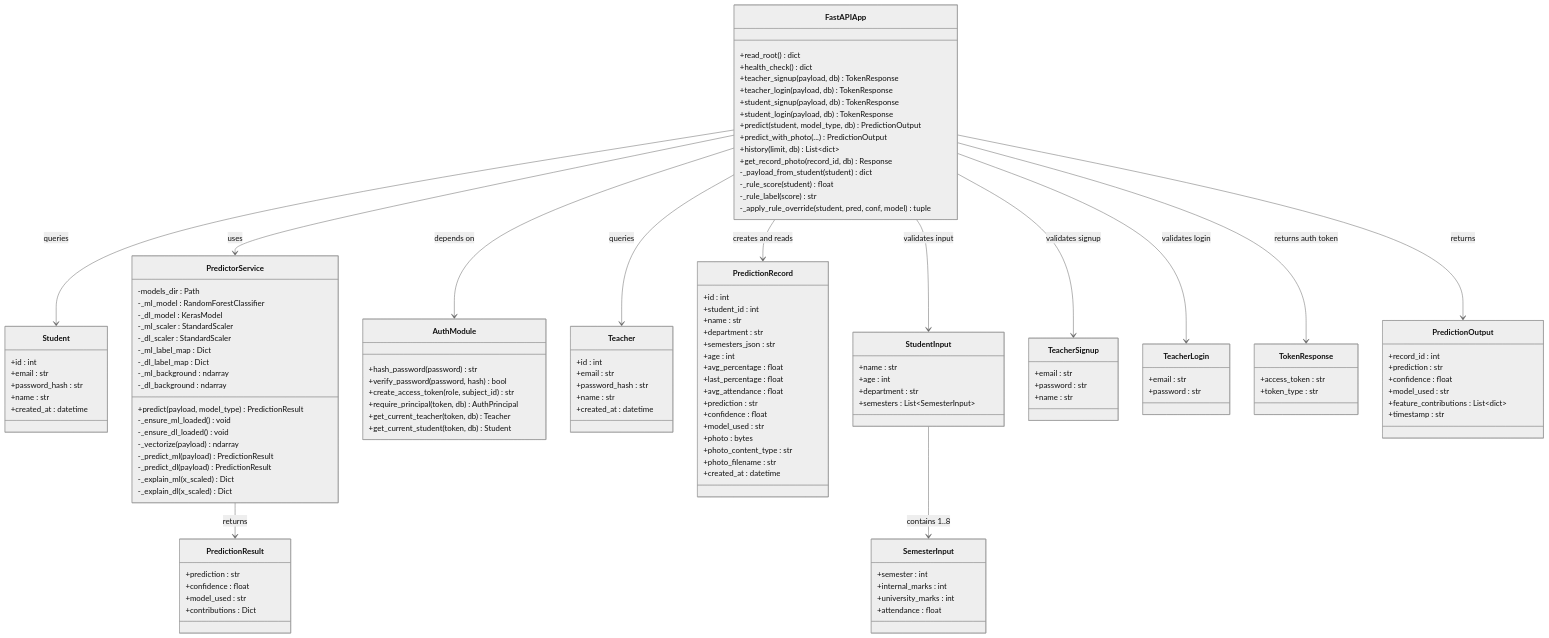
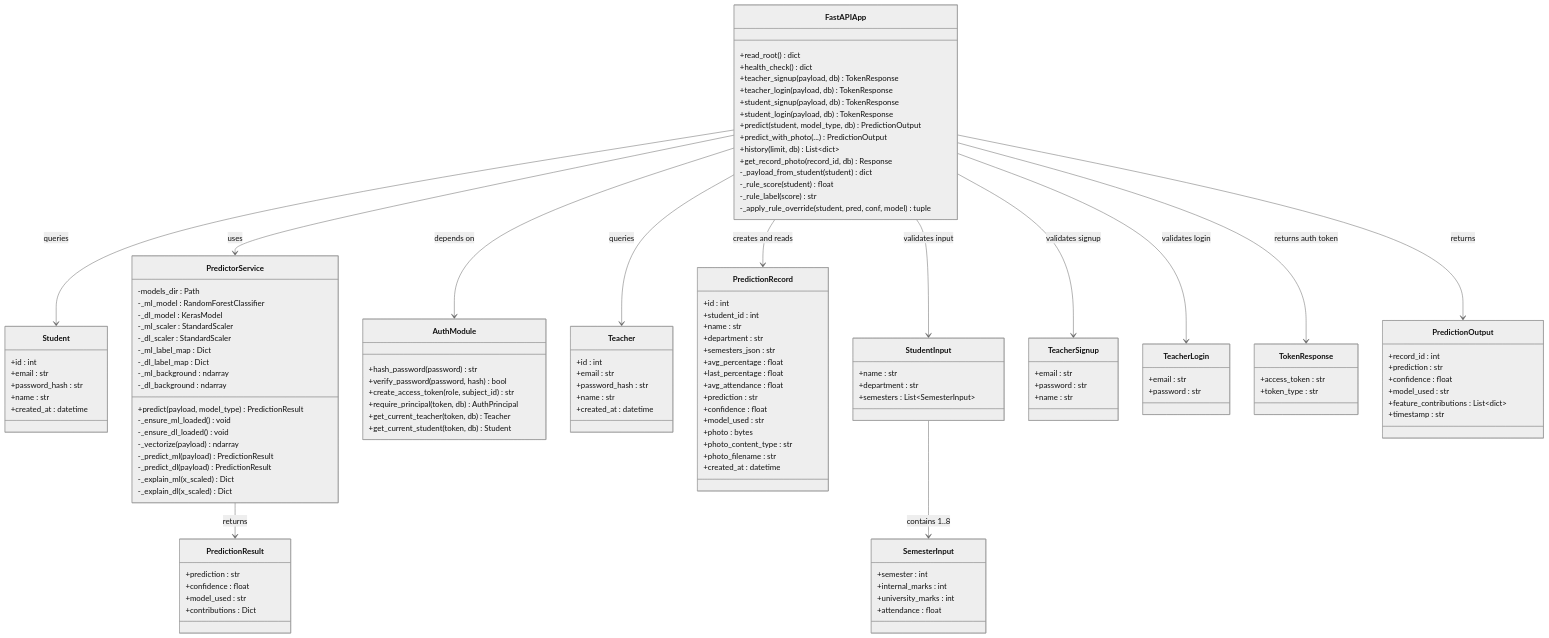
Before and after one commit to vrroshni/student-analyser: the first of 2 diagrams in diagram/10_class_component_diagram.md, drawn with Mermaid (neutral theme). The commit also changed 53 other files, not shown here.

```diff
--- a/diagram/10_class_component_diagram.md
+++ b/diagram/10_class_component_diagram.md
@@ -85,7 +85,6 @@
         +name : str
         +department : str
         +semesters_json : str
-        +age : int
         +avg_percentage : float
         +last_percentage : float
         +avg_attendance : float
@@ -100,7 +99,6 @@
 
     class StudentInput {
         +name : str
-        +age : int
         +department : str
         +semesters : List~SemesterInput~
     }
```
